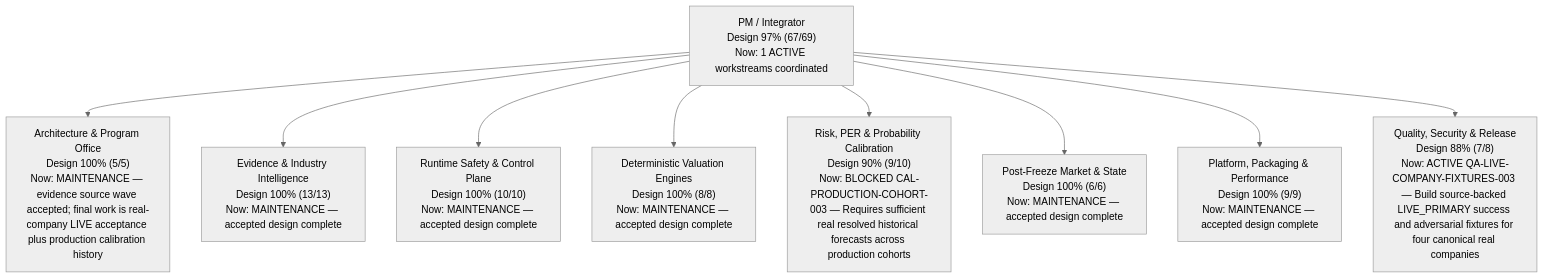
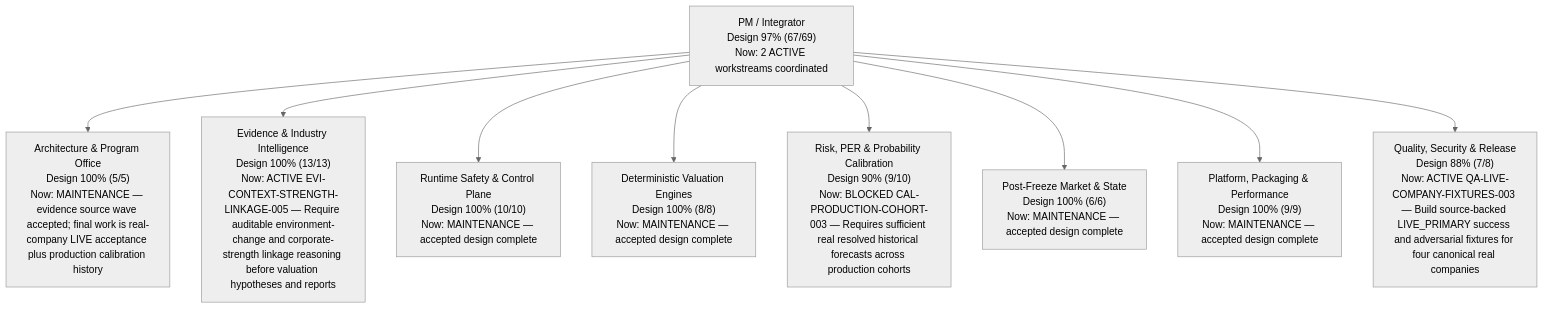
One commit to newwonwoo/valuation changed the diagram in PROJECT_STATUS.md. Above: the diagram before and after it, drawn with Mermaid (neutral theme). The commit also changed other lines of this file, not shown here.

Commit message:
Regenerate PM project status for linkage insight work

````diff
--- a/PROJECT_STATUS.md
+++ b/PROJECT_STATUS.md
@@ -24,12 +24,12 @@
 ```mermaid
 flowchart TB
-  PM["PM / Integrator<br/>Design 97% (67/69)<br/>Now: 1 ACTIVE workstreams coordinated"]
+  PM["PM / Integrator<br/>Design 97% (67/69)<br/>Now: 2 ACTIVE workstreams coordinated"]
   PM --> PMO["Architecture & Program Office<br/>Design 100% (5/5)<br/>Now: MAINTENANCE — evidence source wave accepted; final work is real-company LIVE acceptance plus production calibration history"]
-  PM --> EVIDENCE["Evidence & Industry Intelligence<br/>Design 100% (13/13)<br/>Now: MAINTENANCE — accepted design complete"]
+  PM --> EVIDENCE["Evidence & Industry Intelligence<br/>Design 100% (13/13)<br/>Now: ACTIVE EVI-CONTEXT-STRENGTH-LINKAGE-005 — Require auditable environment-change and corporate-strength linkage reasoning before valuation hypotheses and reports"]
   PM --> RUNTIME["Runtime Safety & Control Plane<br/>Design 100% (10/10)<br/>Now: MAINTENANCE — accepted design complete"]
   PM --> VALUATION["Deterministic Valuation Engines<br/>Design 100% (8/8)<br/>Now: MAINTENANCE — accepted design complete"]
   PM --> CALIBRATION["Risk, PER & Probability Calibration<br/>Design 90% (9/10)<br/>Now: BLOCKED CAL-PRODUCTION-COHORT-003 — Requires sufficient real resolved historical forecasts across production cohorts"]
   PM --> POST_FREEZE["Post-Freeze Market & State<br/>Design 100% (6/6)<br/>Now: MAINTENANCE — accepted design complete"]
   PM --> PLATFORM["Platform, Packaging & Performance<br/>Design 100% (9/9)<br/>Now: MAINTENANCE — accepted design complete"]
   PM --> QA_RELEASE["Quality, Security & Release<br/>Design 88% (7/8)<br/>Now: ACTIVE QA-LIVE-COMPANY-FIXTURES-003 — Build source-backed LIVE_PRIMARY success and adversarial fixtures for four canonical real companies"]
 ```
````
